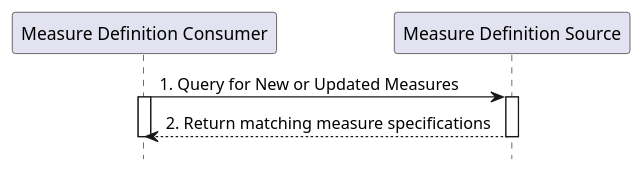
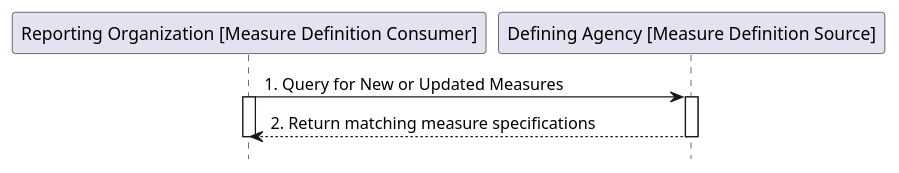
The diagram in input/images-source/usecase3-processflow.plantuml (HL7/fhir-saner), drawn with PlantUML before and after one commit. The commit also changed 65 other files, not shown here.

```diff
--- a/input/images-source/usecase3-processflow.plantuml
+++ b/input/images-source/usecase3-processflow.plantuml
@@ -1,11 +1,11 @@
 @startuml
 hide footbox
-participant "Measure Definition Consumer" as MeasureDefinitionConsumer
-participant "Measure Definition Source" as MeasureDefinitionSource
+participant "Reporting Organization [Measure Definition Consumer]" as MeasureDefinitionConsumer
+participant "Defining Agency [Measure Definition Source]" as MeasureDefinitionSource
 "MeasureDefinitionConsumer" -> "MeasureDefinitionSource" : 1. Query for New or Updated Measures
 activate "MeasureDefinitionConsumer"
 activate "MeasureDefinitionSource"
 "MeasureDefinitionSource" --> "MeasureDefinitionConsumer" : 2. Return matching measure specifications
 deactivate "MeasureDefinitionConsumer"
 deactivate "MeasureDefinitionSource"
 @enduml
```
